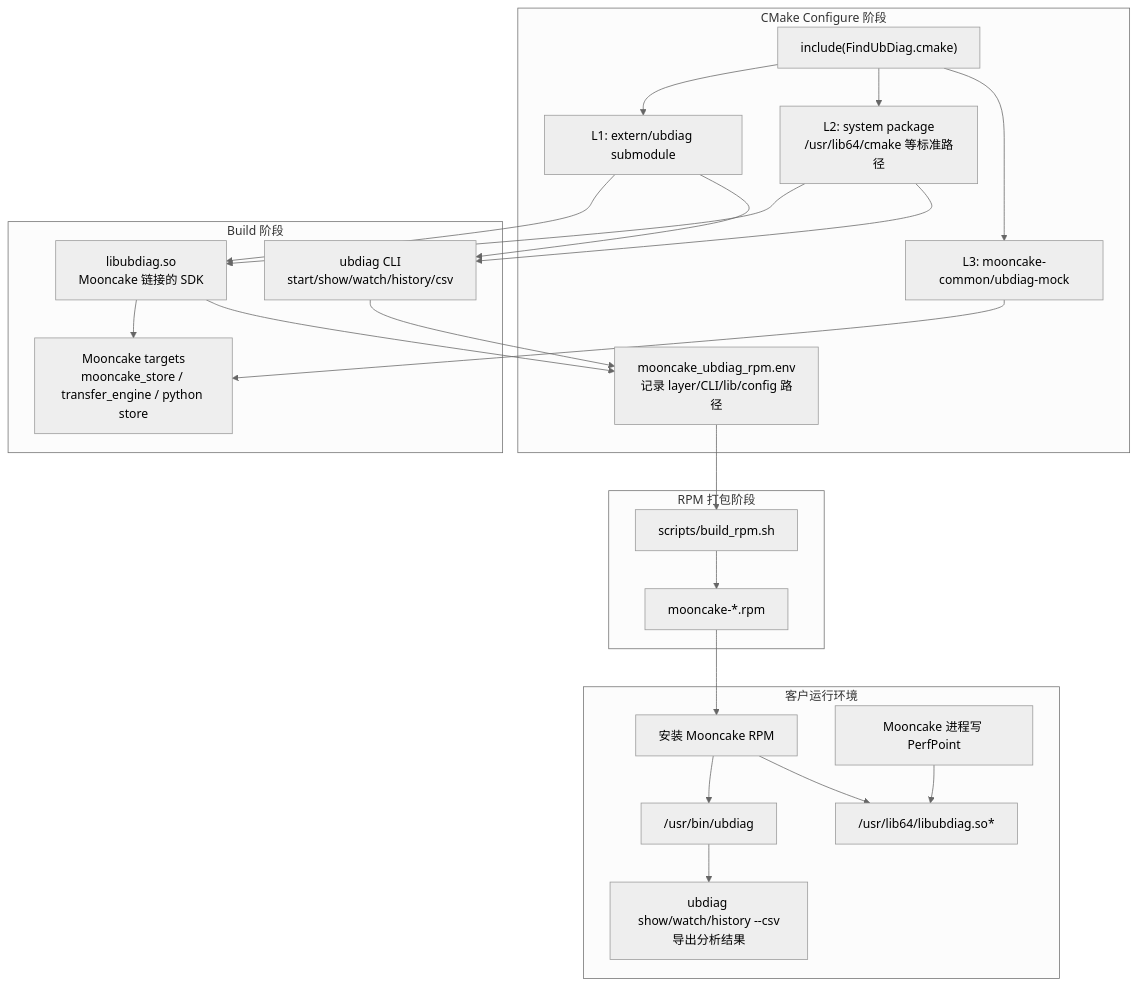
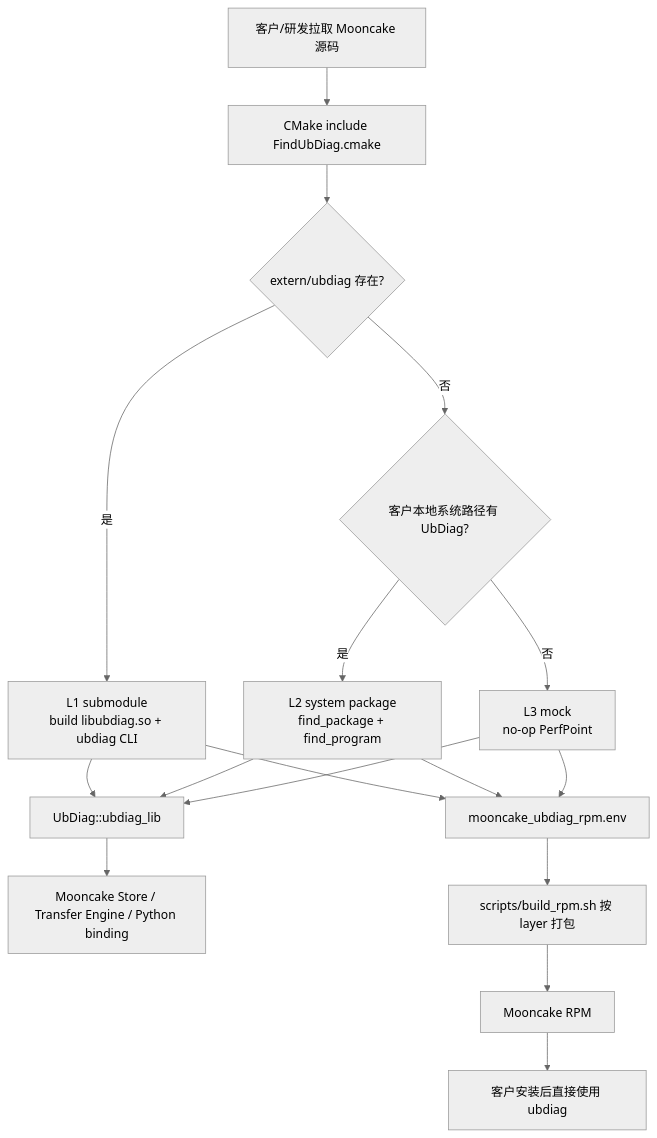
One commit to qinyufei63/Mooncake changed the diagram in docs/mooncake_ubdiag_cli_delivery.md. Above: the diagram before and after it, drawn with Mermaid (neutral theme). The commit also changed other lines of this file and 6 other files, not shown here.

````diff
--- a/docs/mooncake_ubdiag_cli_delivery.md
+++ b/docs/mooncake_ubdiag_cli_delivery.md
@@ -15,48 +11,21 @@
 ```mermaid
 graph TB
-    subgraph "CMake Configure 阶段"
-        CMake["include(FindUbDiag.cmake)"]
-        L1["L1: extern/ubdiag submodule"]
-        L2["L2: system package<br/>/usr/lib64/cmake 等标准路径"]
-        L3["L3: mooncake-common/ubdiag-mock"]
-        Manifest["mooncake_ubdiag_rpm.env<br/>记录 layer/CLI/lib/config 路径"]
-    end
+    Source["客户/研发拉取 Mooncake 源码"] --> CMake["CMake include FindUbDiag.cmake"]
+    CMake --> L1Check{"extern/ubdiag 存在?"}
+    L1Check -- "是" --> L1["L1 submodule<br/>build libubdiag.so + ubdiag CLI"]
+    L1Check -- "否" --> L2Check{"客户本地系统路径有 UbDiag?"}
+    L2Check -- "是" --> L2["L2 system package<br/>find_package + find_program"]
+    L2Check -- "否" --> L3["L3 mock<br/>no-op PerfPoint"]
 
-    subgraph "Build 阶段"
-        SDK["libubdiag.so<br/>Mooncake 链接的 SDK"]
-        CLI["ubdiag CLI<br/>start/show/watch/history/csv"]
-        Mooncake["Mooncake targets<br/>mooncake_store / transfer_engine / python store"]
-    end
+    L1 --> Lib["UbDiag::ubdiag_lib"]
+    L2 --> Lib
+    L3 --> Lib
+    Lib --> Mooncake["Mooncake Store / Transfer Engine / Python binding"]
 
-    subgraph "RPM 打包阶段"
-        BuildRpm["scripts/build_rpm.sh"]
-        Rpm["mooncake-*.rpm"]
-    end
-
-    subgraph "客户运行环境"
-        Install["安装 Mooncake RPM"]
-        Bin["/usr/bin/ubdiag"]
-        Lib["/usr/lib64/libubdiag.so*"]
-        Run["Mooncake 进程写 PerfPoint"]
-        Csv["ubdiag show/watch/history --csv<br/>导出分析结果"]
-    end
-
-    CMake --> L1
-    CMake --> L2
-    CMake --> L3
-    L1 --> SDK
-    L1 --> CLI
-    L2 --> SDK
-    L2 --> CLI
-    L3 --> Mooncake
-    SDK --> Mooncake
-    CLI --> Manifest
-    SDK --> Manifest
-    Manifest --> BuildRpm
-    BuildRpm --> Rpm
-    Rpm --> Install
-    Install --> Bin
-    Install --> Lib
-    Run --> Lib
-    Bin --> Csv
+    L1 --> Manifest["mooncake_ubdiag_rpm.env"]
+    L2 --> Manifest
+    L3 --> Manifest
+    Manifest --> RPM["scripts/build_rpm.sh 按 layer 打包"]
+    RPM --> Runtime["Mooncake RPM"]
+    Runtime --> User["客户安装后直接使用 ubdiag"]
 ```
````
